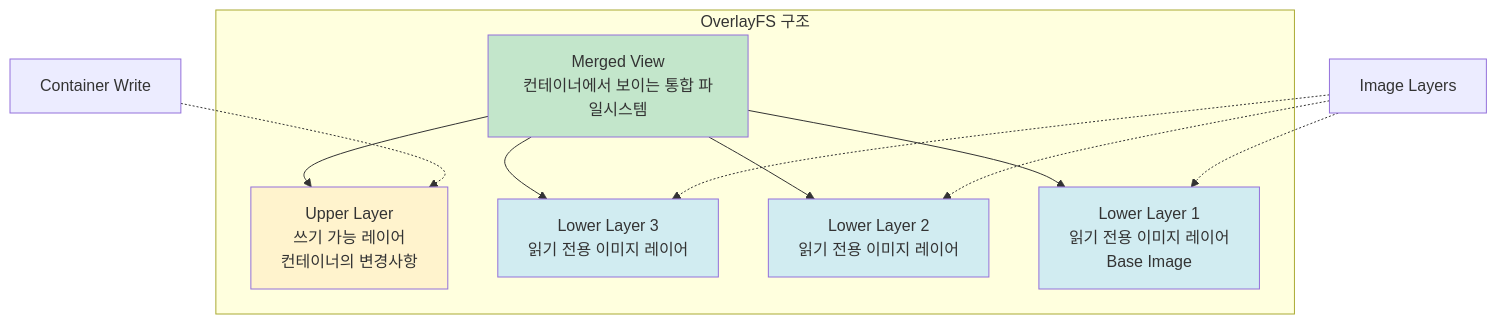
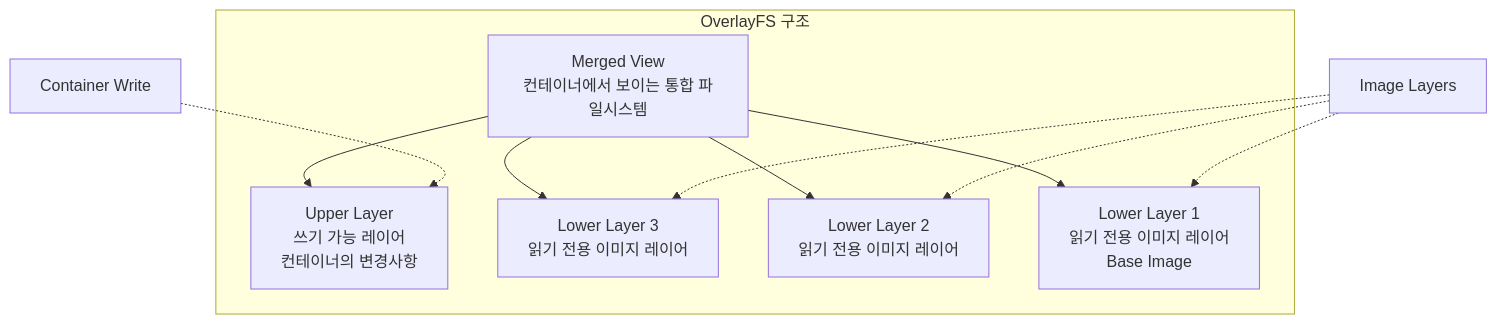
One commit to juwon8891/juwon8891.github.io changed the third of 8 diagrams in docs/k8s-deploy/week3-kubeadm-upgrade.md. Above: the diagram before and after it, drawn with Mermaid. The commit also changed other lines of this file and 18 other files, not shown here.

Commit message:
Remove bright colors from Mermaid diagrams for dark mode compatibility

````diff
--- a/docs/k8s-deploy/week3-kubeadm-upgrade.md
+++ b/docs/k8s-deploy/week3-kubeadm-upgrade.md
@@ -433,20 +429,15 @@
 ```mermaid
 graph TB
     subgraph "OverlayFS 구조"
         A["Merged View<br>컨테이너에서 보이는 통합 파일시스템"] --> B["Upper Layer<br>쓰기 가능 레이어<br>컨테이너의 변경사항"]
         A --> C["Lower Layer 3<br>읽기 전용 이미지 레이어"]
         A --> D["Lower Layer 2<br>읽기 전용 이미지 레이어"]
         A --> E["Lower Layer 1<br>읽기 전용 이미지 레이어<br>Base Image"]
     end
 
     F["Container Write"] -.-> B
     G["Image Layers"] -.-> C
     G -.-> D
     G -.-> E
 
-    style A fill:#c3e6cb
-    style B fill:#fff3cd
-    style C fill:#d1ecf1
-    style D fill:#d1ecf1
-    style E fill:#d1ecf1
 ```
````
